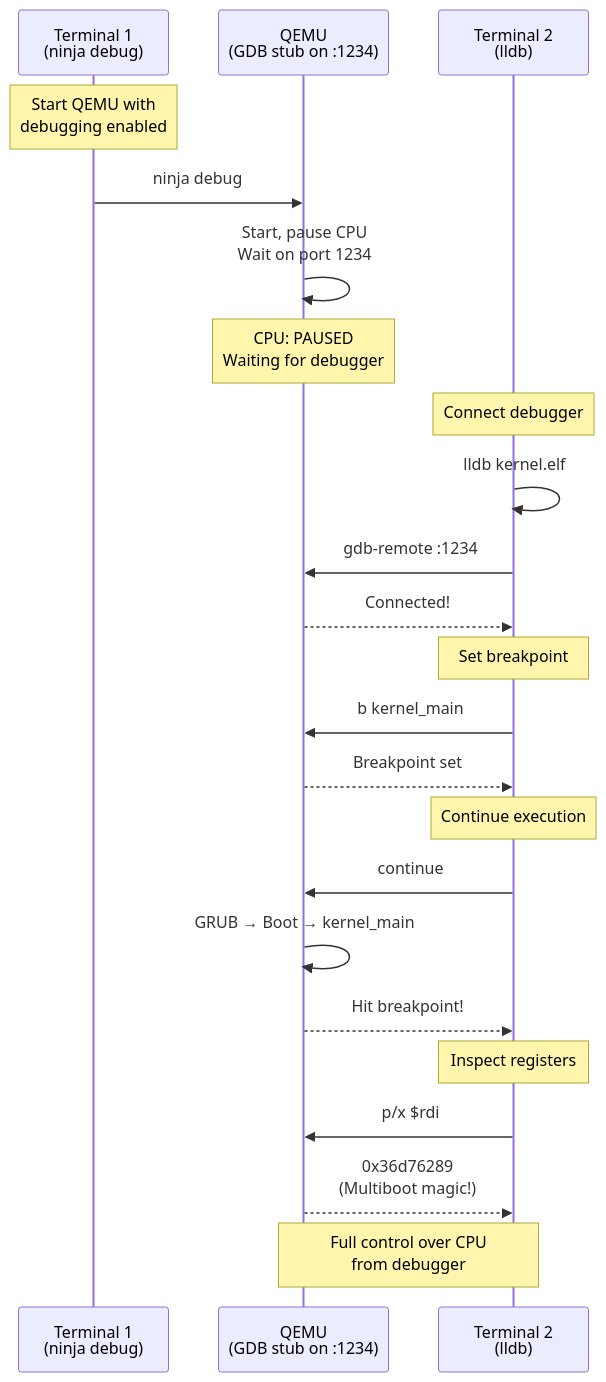
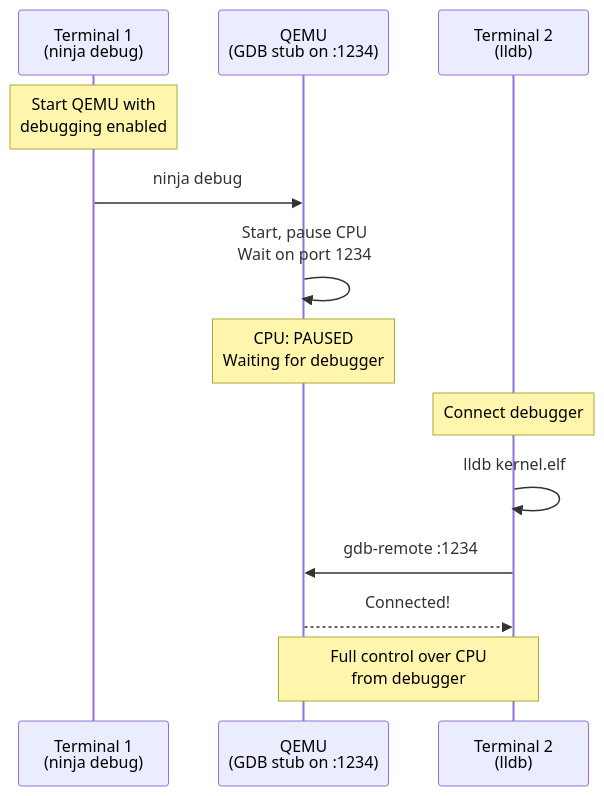
The diagram in book/src/chapter-03-boot-process/booting-up.md (FrederikTobner/JANUS), drawn with Mermaid before and after one commit. The commit also changed other lines of this file and 202 other files, not shown here.

````diff
--- a/book/src/chapter-03-boot-process/booting-up.md
+++ b/book/src/chapter-03-boot-process/booting-up.md
@@ -82,31 +69,18 @@
 ```mermaid
 sequenceDiagram
     participant T1 as Terminal 1<br/>(ninja debug)
     participant QEMU as QEMU<br/>(GDB stub on :1234)
     participant T2 as Terminal 2<br/>(lldb)
     
     Note over T1: Start QEMU with<br/>debugging enabled
     T1->>QEMU: ninja debug
     QEMU->>QEMU: Start, pause CPU<br/>Wait on port 1234
     Note over QEMU: CPU: PAUSED<br/>Waiting for debugger
     
     Note over T2: Connect debugger
     T2->>T2: lldb kernel.elf
     T2->>QEMU: gdb-remote :1234
     QEMU-->>T2: Connected!
     
-    Note over T2: Set breakpoint
-    T2->>QEMU: b kernel_main
-    QEMU-->>T2: Breakpoint set
-    
-    Note over T2: Continue execution
-    T2->>QEMU: continue
-    QEMU->>QEMU: GRUB → Boot → kernel_main
-    QEMU-->>T2: Hit breakpoint!
-    
-    Note over T2: Inspect registers
-    T2->>QEMU: p/x $rdi
-    QEMU-->>T2: 0x36d76289<br/>(Multiboot magic!)
-    
     Note over QEMU,T2: Full control over CPU<br/>from debugger
 ```
````
